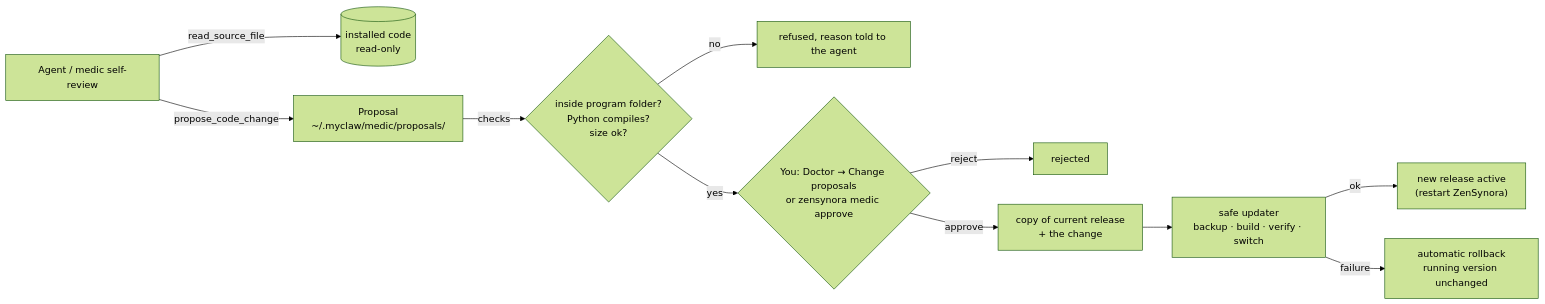
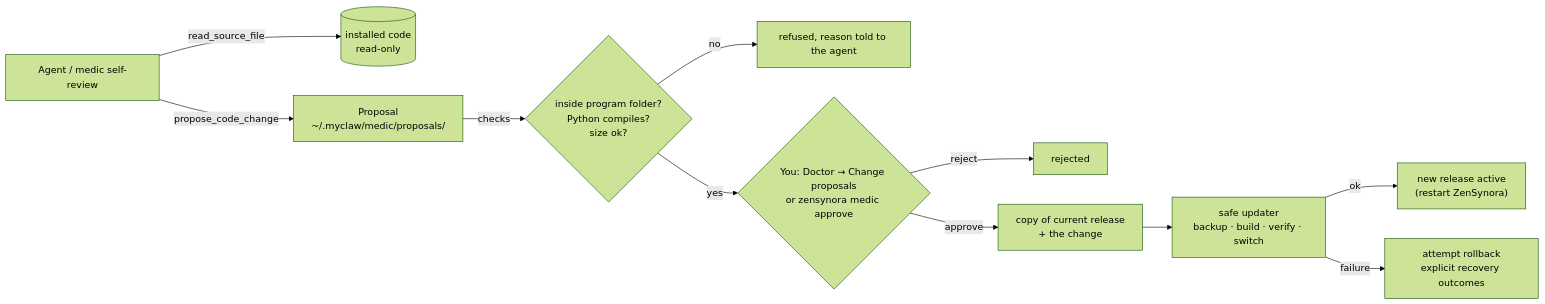
One commit to adrianx26/zensynora changed the second of 2 diagrams in docs/medic_agent_guide.md. Above: the diagram before and after it, drawn with Mermaid (forest theme). The commit also changed other lines of this file and 67 other files, not shown here.

````diff
--- a/docs/medic_agent_guide.md
+++ b/docs/medic_agent_guide.md
@@ -278,13 +304,13 @@
 ```mermaid
 flowchart LR
     agent["Agent / medic self-review"] -- read_source_file --> code[("installed code<br/>read-only")]
     agent -- propose_code_change --> prop["Proposal<br/>~/.myclaw/medic/proposals/"]
     prop -- checks --> chk{"inside program folder?<br/>Python compiles?<br/>size ok?"}
     chk -- no --> rej["refused, reason told to the agent"]
     chk -- yes --> you{"You: Doctor → Change proposals<br/>or zensynora medic approve"}
     you -- reject --> done1["rejected"]
     you -- approve --> stage["copy of current release<br/>+ the change"]
     stage --> upd["safe updater<br/>backup · build · verify · switch"]
     upd -- ok --> applied["new release active<br/>(restart ZenSynora)"]
-    upd -- failure --> rb["automatic rollback<br/>running version unchanged"]
+    upd -- failure --> rb["attempt rollback<br/>explicit recovery outcomes"]
 ```
````
